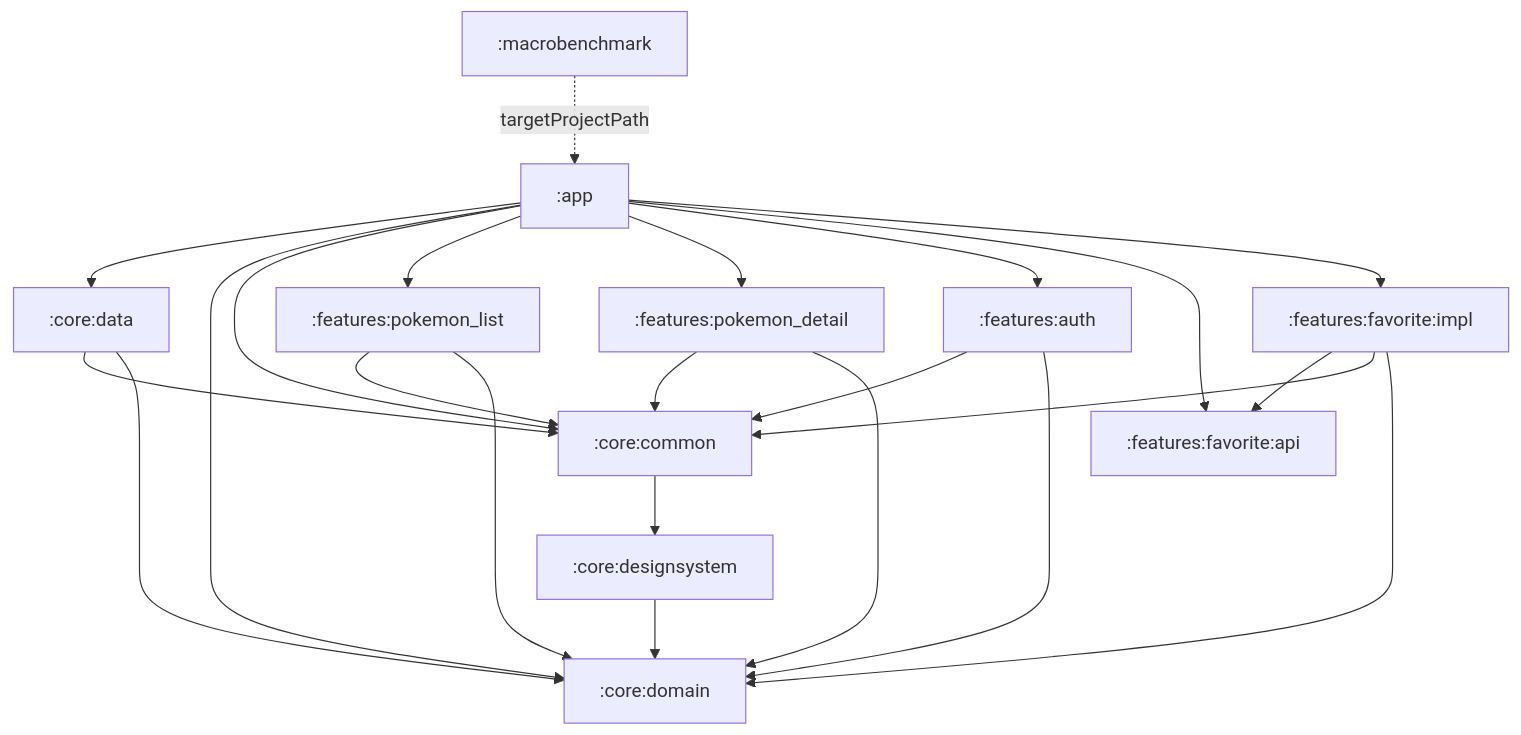
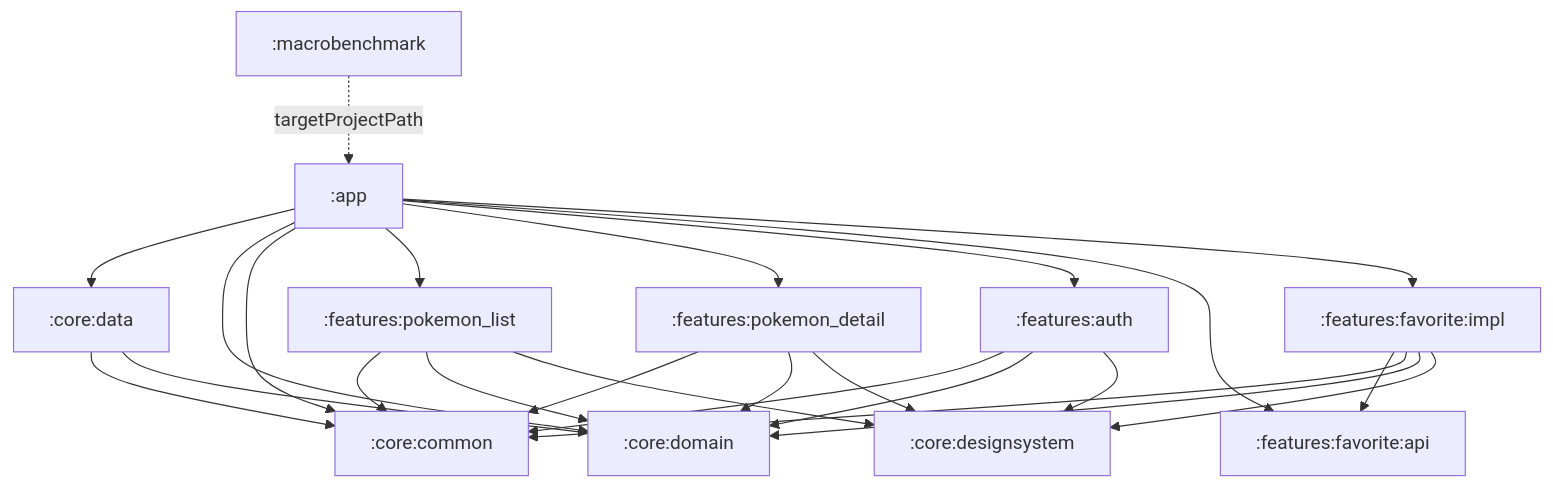
The second of 4 diagrams in README.md (MatteoSomensi/pokedex), drawn with Mermaid before and after one commit. The commit also changed other lines of this file and 10 other files, not shown here.

````diff
--- a/README.md
+++ b/README.md
@@ -147,37 +147,39 @@
 ```mermaid
 flowchart TD
     APP[:app]
     CORE[:core:common]
     DS[:core:designsystem]
     DOMAIN[:core:domain]
     DATA[:core:data]
     LIST[:features:pokemon_list]
     DETAIL[:features:pokemon_detail]
     AUTH[:features:auth]
     FAVAPI[:features:favorite:api]
     FAVIMPL[:features:favorite:impl]
     BENCH[:macrobenchmark]
 
     APP --> DATA
     APP --> DOMAIN
     APP --> CORE
     APP --> LIST
     APP --> DETAIL
     APP --> AUTH
     APP --> FAVAPI
     APP --> FAVIMPL
     LIST --> CORE
     LIST --> DOMAIN
     DETAIL --> CORE
     DETAIL --> DOMAIN
     AUTH --> CORE
     AUTH --> DOMAIN
     FAVIMPL --> FAVAPI
     FAVIMPL --> CORE
     FAVIMPL --> DOMAIN
-    CORE --> DS
-    DS --> DOMAIN
+    LIST --> DS
+    DETAIL --> DS
+    AUTH --> DS
+    FAVIMPL --> DS
     DATA --> CORE
     DATA --> DOMAIN
     BENCH -.targetProjectPath.-> APP
 ```
````
